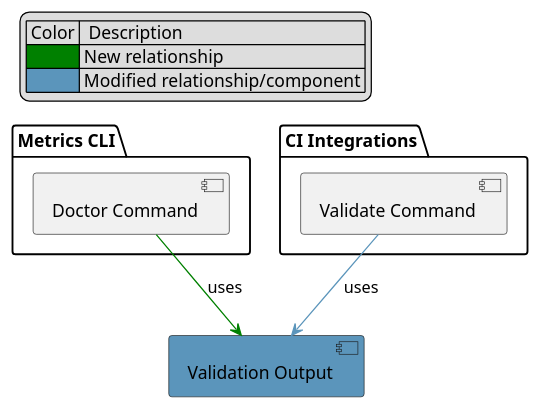
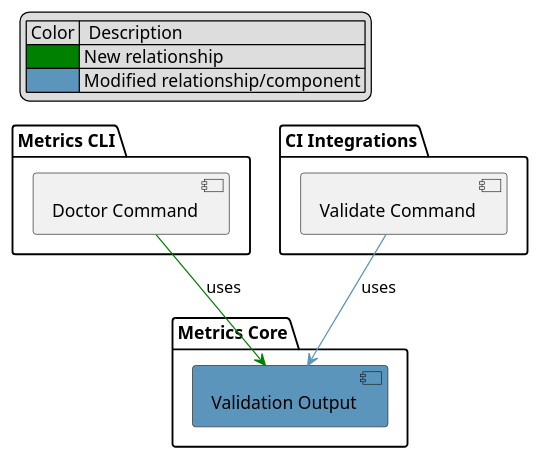
One commit to Flank/flank-dashboard changed the diagram in metrics/cli/docs/features/doctor_output_improvements/diagrams/doctor_output_feature_component_diagram.puml. Above: the diagram before and after it, drawn with PlantUML. The commit also changed 9 other files, not shown here.

```diff
--- a/metrics/cli/docs/features/doctor_output_improvements/diagrams/doctor_output_feature_component_diagram.puml
+++ b/metrics/cli/docs/features/doctor_output_improvements/diagrams/doctor_output_feature_component_diagram.puml
@@ -1,23 +1,24 @@
 @startuml doctor_output_feature_component_diagram
-'https://plantuml.com/component-diagram
 
 legend top left
     | Color |  Description |
     |<#green>| New relationship |
     |<#5B95BB>| Modified relationship/component |
 end legend
 
 package "Metrics CLI" {
     component "Doctor Command" as doctor
 }
 
 package "CI Integrations" {
     component "Validate Command" as validate
 }
 
-component "Validation Output" as output #5B95BB
+package "Metrics Core" {
+    component "Validation Output" as output #5B95BB
+}
 
 doctor -[#green]down-> output : uses
 validate -[#5B95BB]down-> output : uses
 
 @enduml
```
